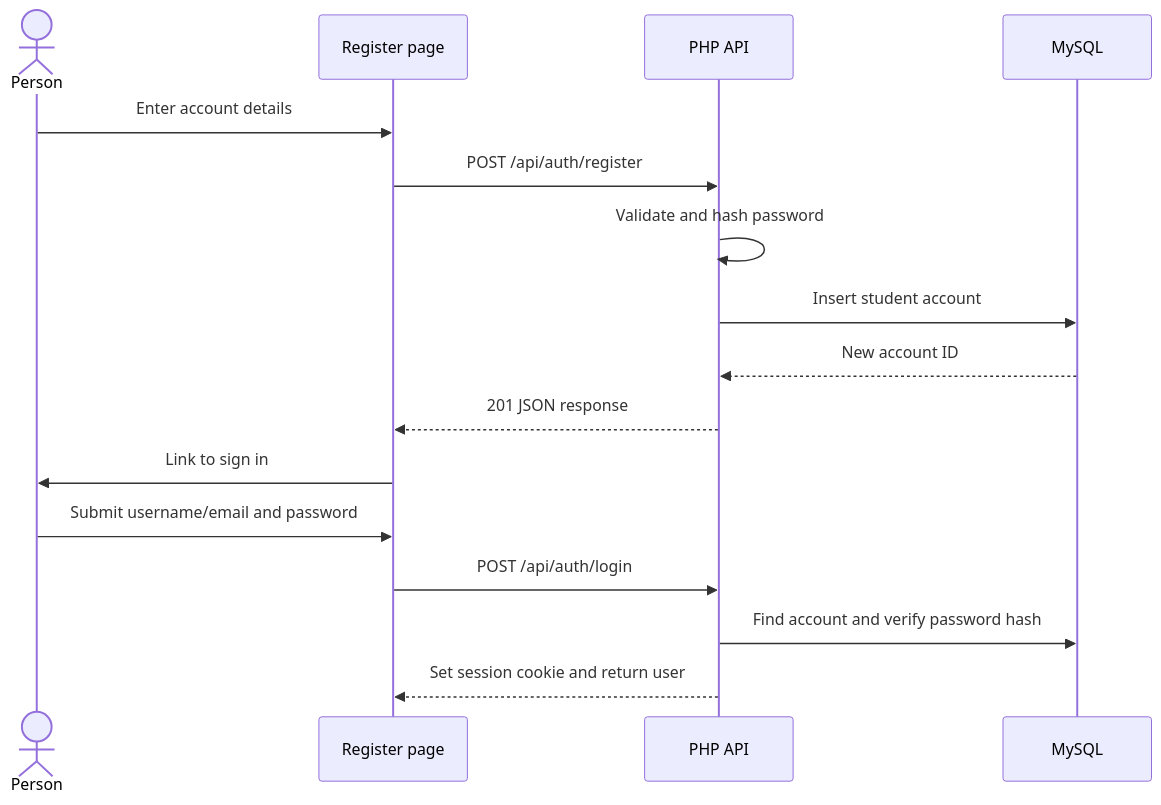
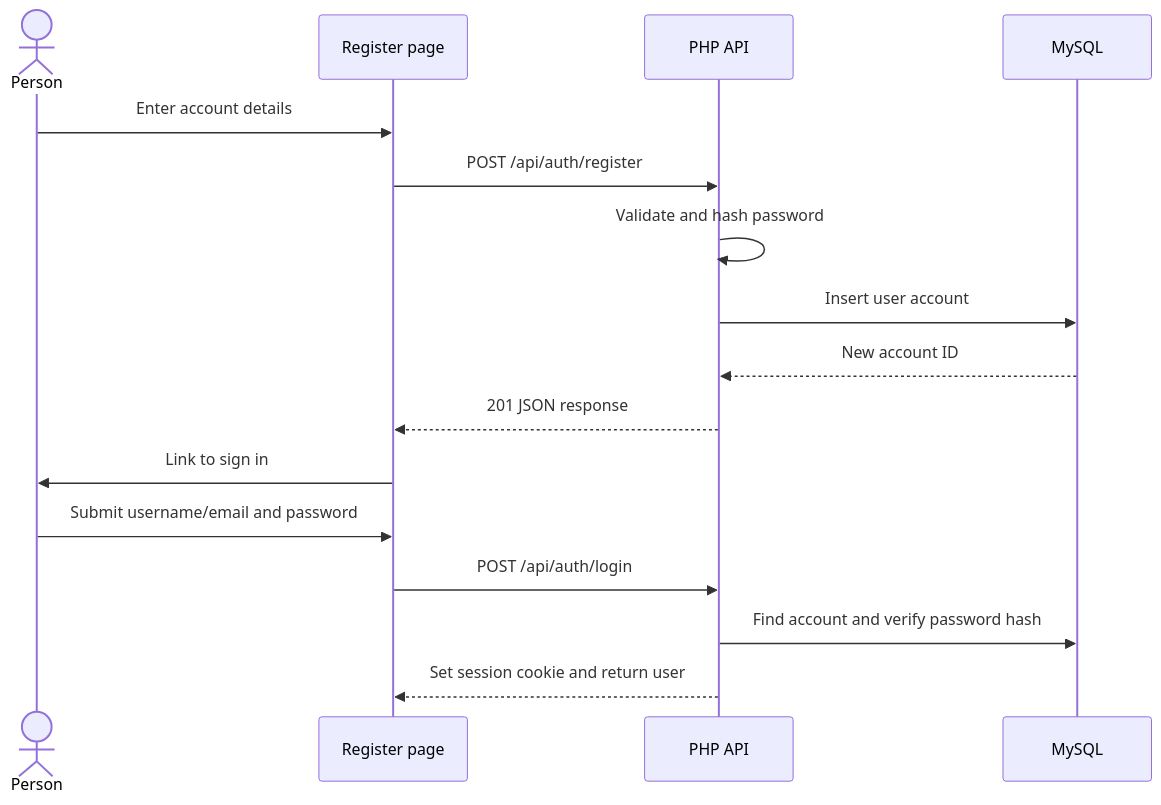
Before and after one commit to Maaz-319/yapp_web_project: the diagram in docs/flows.md, drawn with Mermaid. The commit also changed 7 other files, not shown here.

````diff
--- a/docs/flows.md
+++ b/docs/flows.md
@@ -5,18 +5,18 @@
 ```mermaid
 sequenceDiagram
     actor Person
     participant Page as Register page
     participant API as PHP API
     participant DB as MySQL
     Person->>Page: Enter account details
     Page->>API: POST /api/auth/register
     API->>API: Validate and hash password
-    API->>DB: Insert student account
+    API->>DB: Insert user account
     DB-->>API: New account ID
     API-->>Page: 201 JSON response
     Page->>Person: Link to sign in
     Person->>Page: Submit username/email and password
     Page->>API: POST /api/auth/login
     API->>DB: Find account and verify password hash
     API-->>Page: Set session cookie and return user
 ```
````
